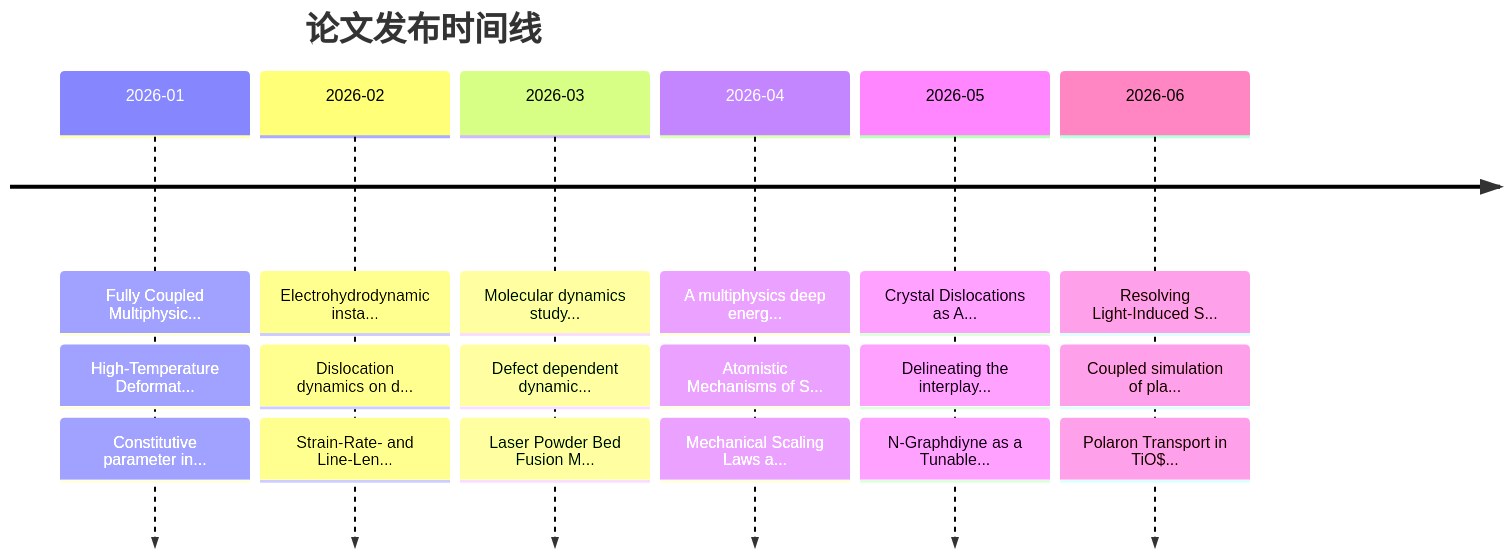
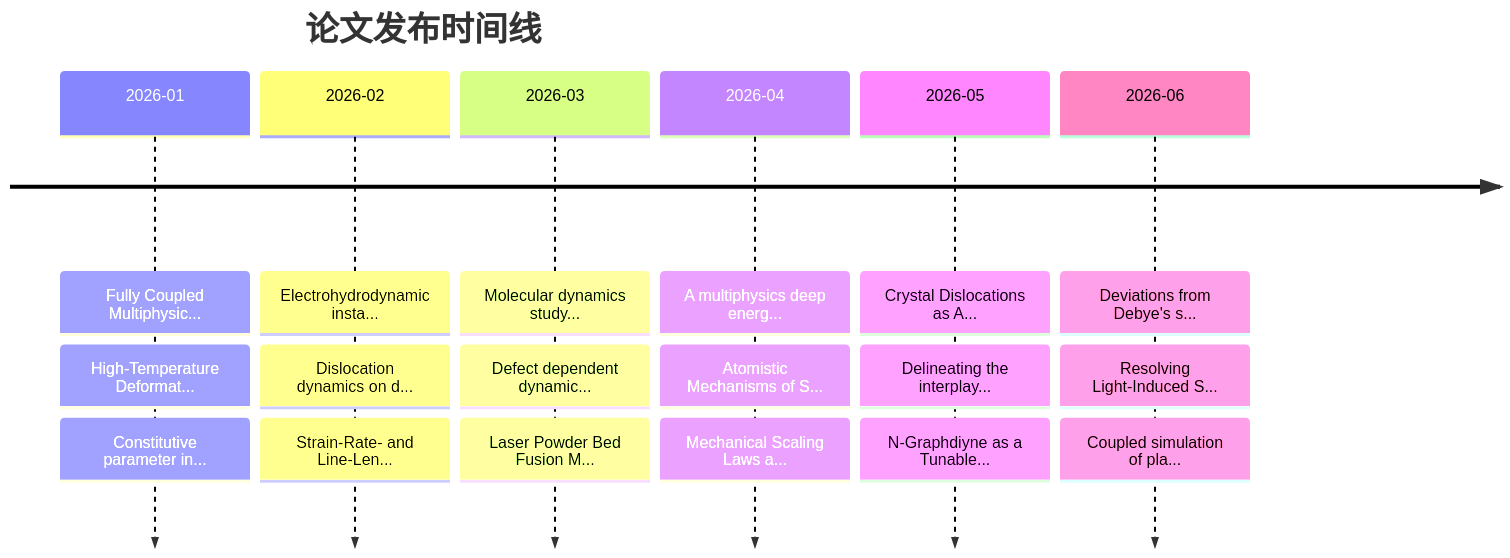
One commit to Shirakawa11111/BJK_readpaper changed the second of 2 diagrams in README.md. Above: the diagram before and after it, drawn with Mermaid. The commit also changed other lines of this file and 11 other files, not shown here.

````diff
--- a/README.md
+++ b/README.md
@@ -206,10 +206,10 @@
 ```mermaid
 timeline
     title 论文发布时间线
     2026-01 : Fully Coupled Multiphysic... : High-Temperature Deformat... : Constitutive parameter in...
     2026-02 : Electrohydrodynamic insta... : Dislocation dynamics on d... : Strain-Rate- and Line-Len...
     2026-03 : Molecular dynamics study... : Defect dependent dynamic... : Laser Powder Bed Fusion M...
     2026-04 : A multiphysics deep energ... : Atomistic Mechanisms of S... : Mechanical Scaling Laws a...
     2026-05 : Crystal Dislocations as A... : Delineating the interplay... : N-Graphdiyne as a Tunable...
-    2026-06 : Resolving Light-Induced S... : Coupled simulation of pla... : Polaron Transport in TiO$...
+    2026-06 : Deviations from Debye's s... : Resolving Light-Induced S... : Coupled simulation of pla...
 ```
````
